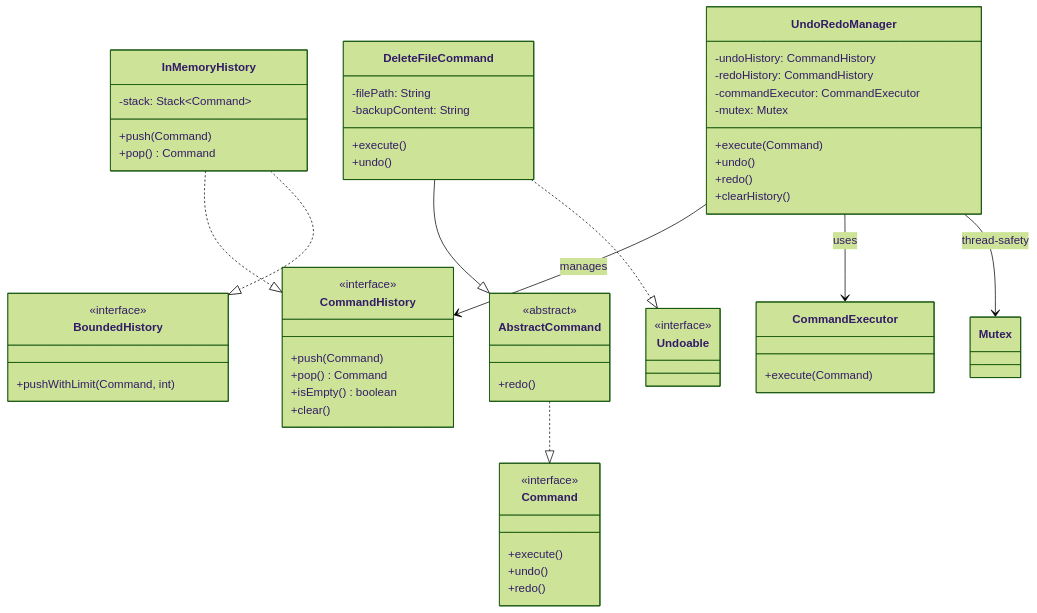
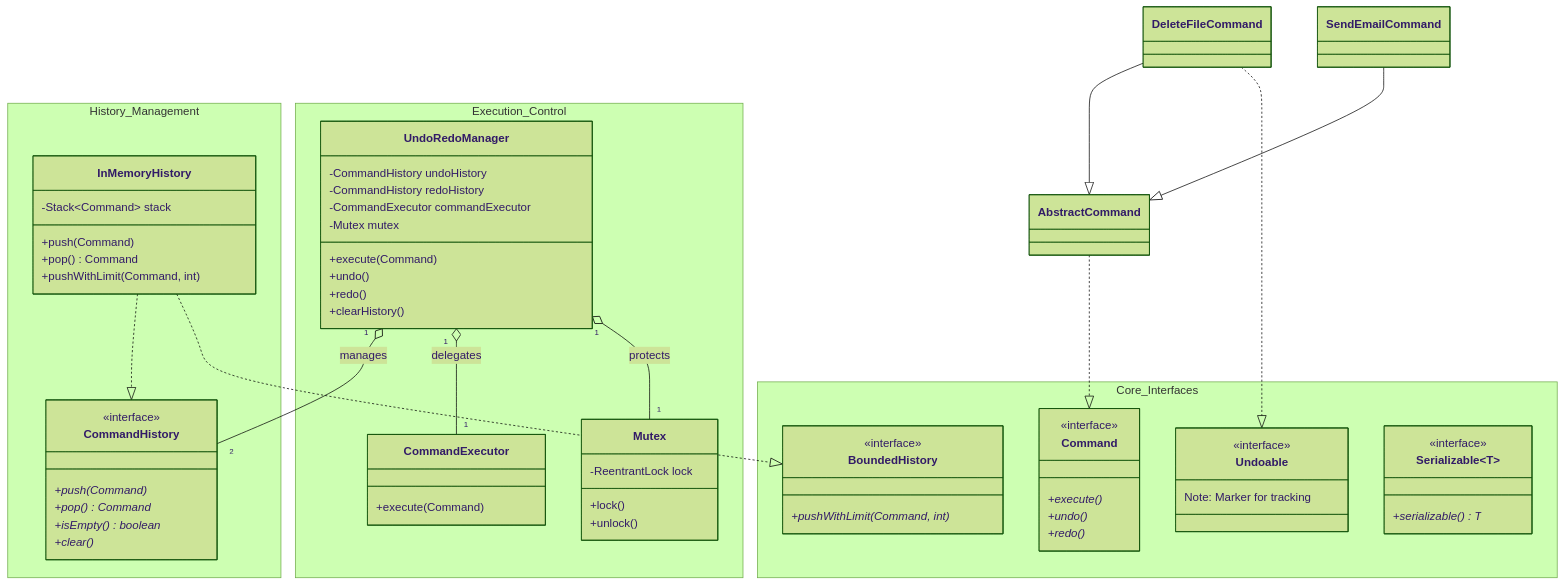
One commit to Omkarcode11/Universal-Undo-Redo-System-LLD- changed the first of 3 diagrams in README.md. Above: the diagram before and after it, drawn with Mermaid (forest theme). The commit also changed other lines of this file, not shown here.

````diff
--- a/README.md
+++ b/README.md
@@ -7,68 +12,70 @@
 ```mermaid
 classDiagram
-    class Command {
-        <<interface>>
-        +execute()
-        +undo()
-        +redo()
+    namespace Core_Interfaces {
+        class Command {
+            <<interface>>
+            +execute()*
+            +undo()*
+            +redo()*
+        }
+        class Undoable {
+            <<interface>> 
+            Note: Marker for tracking
+        }
+        class BoundedHistory {
+            <<interface>>
+            +pushWithLimit(Command, int)*
+        }
+        class Serializable~T~ {
+            <<interface>>
+            +serializable() T*
+        }
     }
 
-    class Undoable {
-        <<interface>>
+    namespace History_Management {
+        class CommandHistory {
+            <<interface>>
+            +push(Command)*
+            +pop() Command*
+            +isEmpty() boolean*
+            +clear()*
+        }
+        class InMemoryHistory {
+            -Stack~Command~ stack
+            +push(Command)
+            +pop() Command
+            +pushWithLimit(Command, int)
+        }
     }
 
-    class CommandHistory {
-        <<interface>>
-        +push(Command)
-        +pop() Command
-        +isEmpty() boolean
-        +clear()
+    namespace Execution_Control {
+        class UndoRedoManager {
+            -CommandHistory undoHistory
+            -CommandHistory redoHistory
+            -CommandExecutor commandExecutor
+            -Mutex mutex
+            +execute(Command)
+            +undo()
+            +redo()
+            +clearHistory()
+        }
+        class CommandExecutor {
+            +execute(Command)
+        }
+        class Mutex {
+            -ReentrantLock lock
+            +lock()
+            +unlock()
+        }
     }
 
-    class BoundedHistory {
-        <<interface>>
-        +pushWithLimit(Command, int)
-    }
-
-    class UndoRedoManager {
-        -undoHistory: CommandHistory
-        -redoHistory: CommandHistory
-        -commandExecutor: CommandExecutor
-        -mutex: Mutex
-        +execute(Command)
-        +undo()
-        +redo()
-        +clearHistory()
-    }
-
-    class CommandExecutor {
-        +execute(Command)
-    }
-
-    class InMemoryHistory {
-        -stack: Stack~Command~
-        +push(Command)
-        +pop() Command
-    }
-
-    class AbstractCommand {
-        <<abstract>>
-        +redo()
-    }
-
-    class DeleteFileCommand {
-        -filePath: String
-        -backupContent: String
-        +execute()
-        +undo()
-    }
-
-    UndoRedoManager --> CommandHistory : manages
-    UndoRedoManager --> CommandExecutor : uses
-    UndoRedoManager --> Mutex : thread-safety
+    UndoRedoManager "1" o-- "2" CommandHistory : manages
+    UndoRedoManager "1" o-- "1" CommandExecutor : delegates
+    UndoRedoManager "1" o-- "1" Mutex : protects
     InMemoryHistory ..|> CommandHistory
     InMemoryHistory ..|> BoundedHistory
     DeleteFileCommand --|> AbstractCommand
     DeleteFileCommand ..|> Undoable
     AbstractCommand ..|> Command
+    SendEmailCommand --|> AbstractCommand
 ```
````
